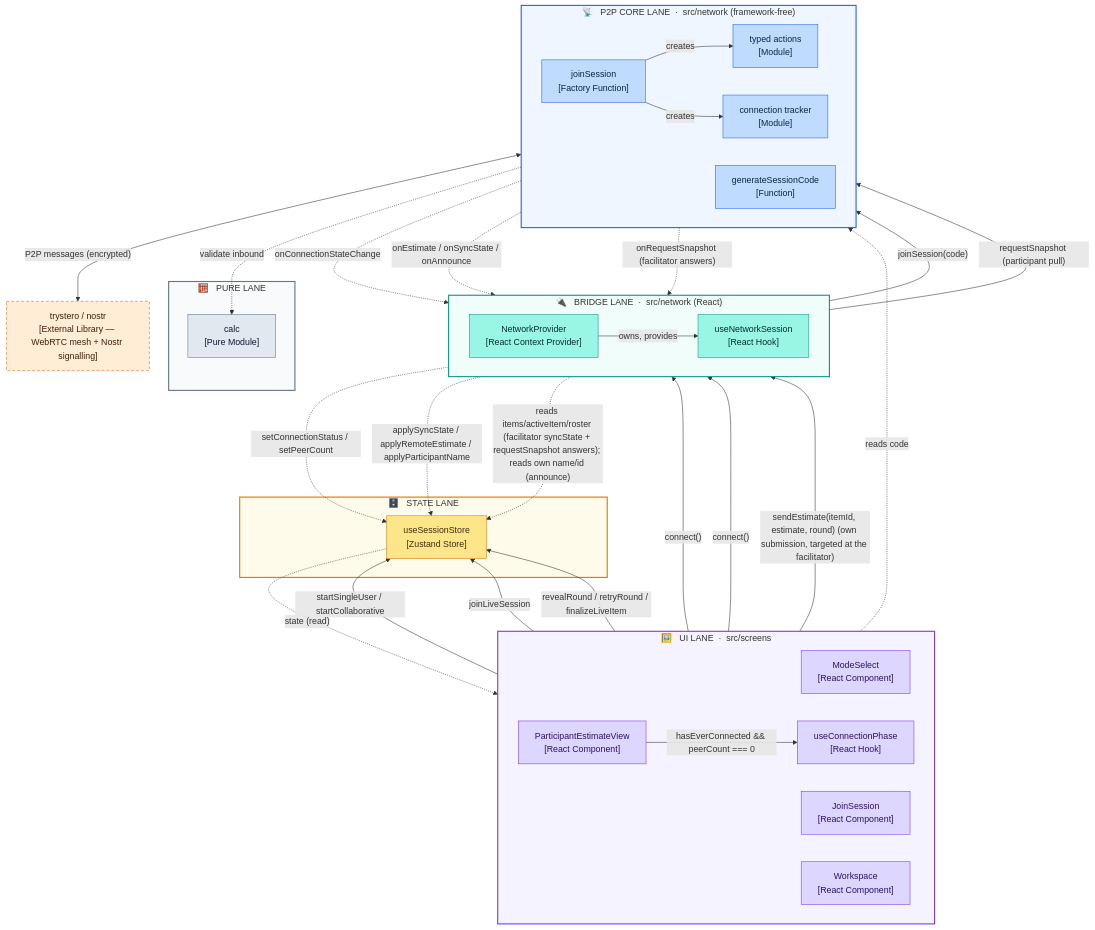
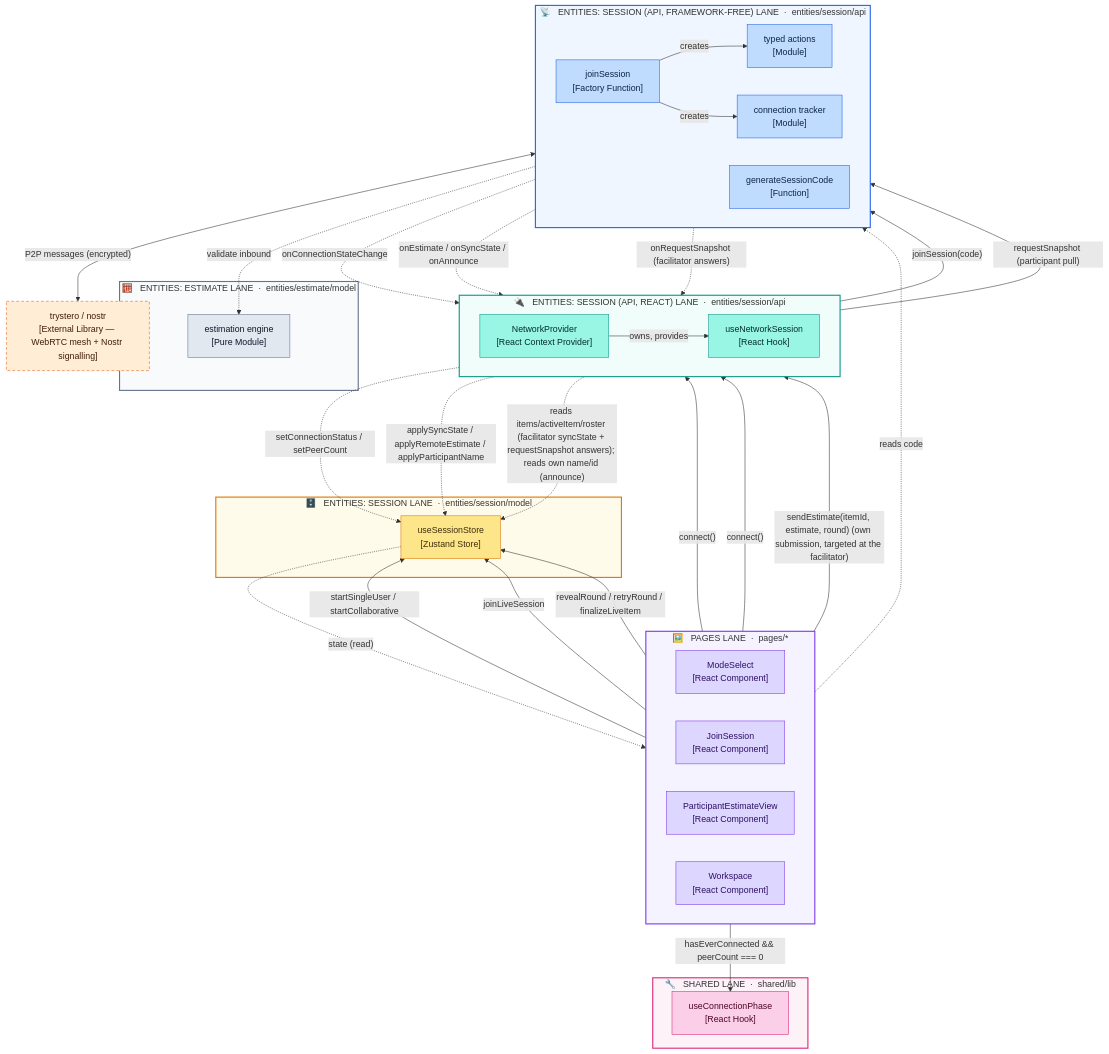
One commit to cfisch3r/estimate changed the first of 8 diagrams in docs/concepts/collaboration-mode.md. Above: the diagram before and after it, drawn with Mermaid. The commit also changed other lines of this file and 168 other files, not shown here.

First line of the commit message:
feat: adopt Feature-Sliced Design architecture guardrails (#113)

````diff
--- a/docs/concepts/collaboration-mode.md
+++ b/docs/concepts/collaboration-mode.md
@@ -26,25 +28,28 @@
 ```mermaid
 flowchart TD
-  subgraph screens["🖼️ &nbsp; UI LANE &nbsp;·&nbsp; src/screens"]
+  subgraph pageslane["🖼️ &nbsp; PAGES LANE &nbsp;·&nbsp; pages/*"]
     direction LR
     MS["ModeSelect<br/>[React Component]"]
     JS["JoinSession<br/>[React Component]"]
     PEV["ParticipantEstimateView<br/>[React Component]"]
     WS["Workspace<br/>[React Component]"]
+  end
+
+  subgraph sharedlane["🔧 &nbsp; SHARED LANE &nbsp;·&nbsp; shared/lib"]
     UCP["useConnectionPhase<br/>[React Hook]"]
   end
 
-  subgraph statelane["🗄️ &nbsp; STATE LANE"]
+  subgraph statelane["🗄️ &nbsp; ENTITIES: SESSION LANE &nbsp;·&nbsp; entities/session/model"]
     Store["useSessionStore<br/>[Zustand Store]"]
   end
 
-  subgraph bridge["🔌 &nbsp; BRIDGE LANE &nbsp;·&nbsp; src/network (React)"]
+  subgraph bridge["🔌 &nbsp; ENTITIES: SESSION (API, REACT) LANE &nbsp;·&nbsp; entities/session/api"]
     direction LR
     NP["NetworkProvider<br/>[React Context Provider]"]
     Hook["useNetworkSession<br/>[React Hook]"]
   end
 
-  subgraph core["📡 &nbsp; P2P CORE LANE &nbsp;·&nbsp; src/network (framework-free)"]
+  subgraph core["📡 &nbsp; ENTITIES: SESSION (API, FRAMEWORK-FREE) LANE &nbsp;·&nbsp; entities/session/api"]
     direction LR
     JSN["joinSession<br/>[Factory Function]"]
     Act["typed actions<br/>[Module]"]
@@ -52,8 +57,8 @@
     Code["generateSessionCode<br/>[Function]"]
   end
 
-  subgraph purelane["🧮 &nbsp; PURE LANE"]
-    Calc["calc<br/>[Pure Module]"]
+  subgraph purelane["🧮 &nbsp; ENTITIES: ESTIMATE LANE &nbsp;·&nbsp; entities/estimate/model"]
+    Calc["estimation engine<br/>[Pure Module]"]
   end
 
   Trystero["trystero / nostr<br/>[External Library — WebRTC mesh + Nostr signalling]"]
@@ -81,25 +86,28 @@
   Hook -.->|"setConnectionStatus / setPeerCount"| Store
   NP -.->|"applySyncState / applyRemoteEstimate / applyParticipantName"| Store
   NP -.->|"reads items/activeItem/roster (facilitator syncState + requestSnapshot answers); reads own name/id (announce)"| Store
-  Store -.->|"state (read)"| screens
+  Store -.->|"state (read)"| pageslane
   PEV -->|"hasEverConnected && peerCount === 0"| UCP
 
   %% --- lane + node colours ---
   classDef ui     fill:#DDD6FE,stroke:#7C3AED,color:#2E1065
+  classDef shared fill:#FBCFE8,stroke:#DB2777,color:#500724
   classDef state  fill:#FDE68A,stroke:#D97706,color:#3F2D0B
   classDef br     fill:#99F6E4,stroke:#0D9488,color:#042F2A
   classDef pcore  fill:#BFDBFE,stroke:#2563EB,color:#0B2545
   classDef pure   fill:#E2E8F0,stroke:#64748B,color:#0F172A
   classDef ext    fill:#FFEDD5,stroke:#EA580C,color:#3F1D0B,stroke-dasharray:5 4
 
-  class MS,JS,PEV,WS,UCP ui
+  class MS,JS,PEV,WS ui
+  class UCP shared
   class Store state
   class NP,Hook br
   class JSN,Act,Conn,Code pcore
   class Calc pure
   class Trystero ext
 
-  style screens   fill:#F5F3FF,stroke:#7C3AED,stroke-width:2px
+  style pageslane fill:#F5F3FF,stroke:#7C3AED,stroke-width:2px
+  style sharedlane fill:#FDF2F8,stroke:#DB2777,stroke-width:2px
   style statelane fill:#FFFBEB,stroke:#D97706,stroke-width:2px
   style bridge    fill:#F0FDFA,stroke:#0D9488,stroke-width:2px
   style core      fill:#EFF6FF,stroke:#2563EB,stroke-width:2px
````
